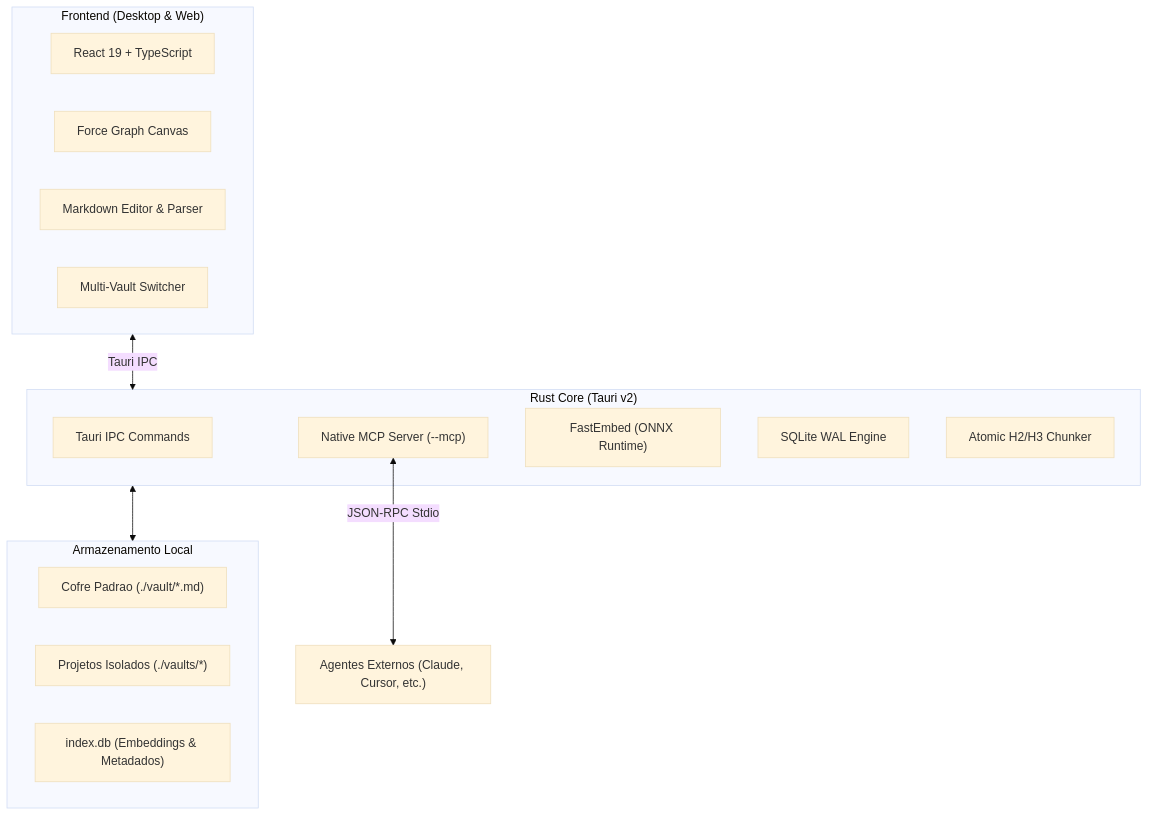
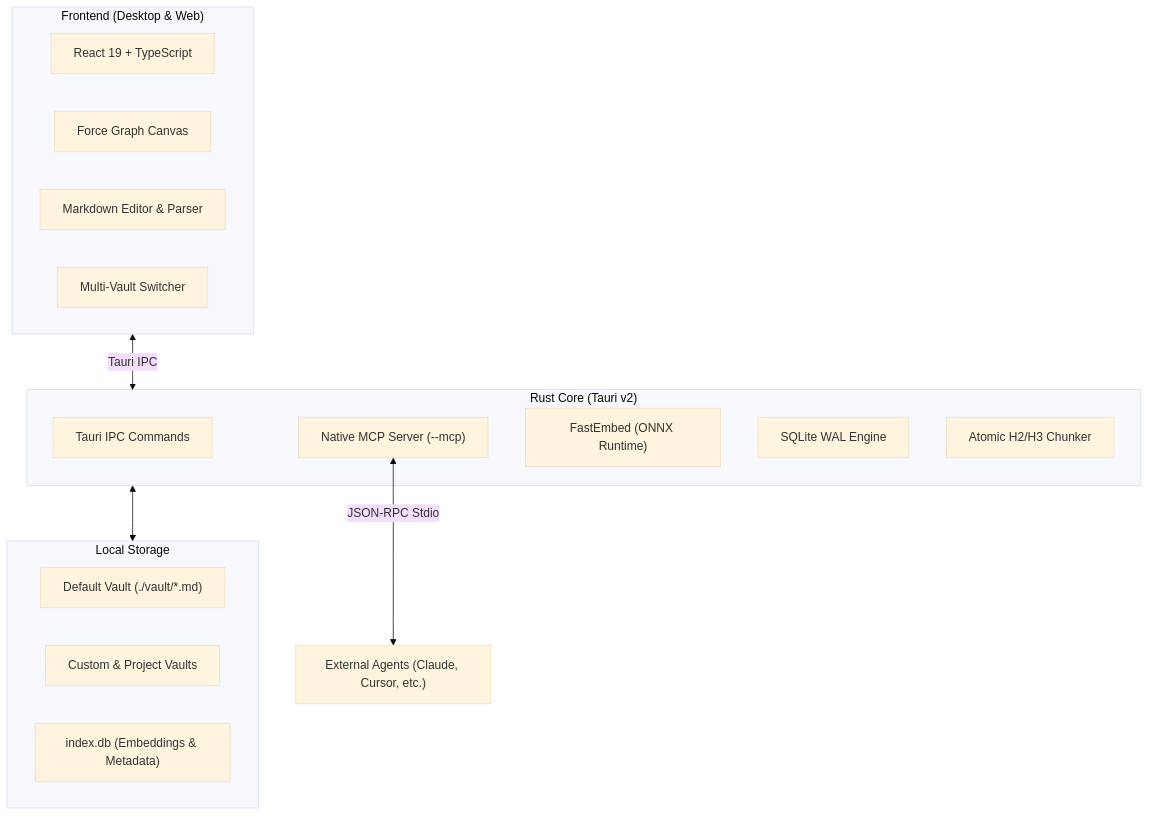
One commit to GabrielTBeserra/GraphFinder changed the diagram in README.md. Above: the diagram before and after it, drawn with Mermaid (base theme). The commit also changed other lines of this file and 41 other files, not shown here.

Commit message:
feat: initialize Tauri v2 architecture, embedding engine, and MCP server for GraphFinder

````diff
--- a/README.md
+++ b/README.md
@@ -152,27 +153,27 @@
 ```mermaid
 flowchart TB
     subgraph Frontend ["Frontend (Desktop & Web)"]
         React["React 19 + TypeScript"]
         ForceGraph["Force Graph Canvas"]
         Editor["Markdown Editor & Parser"]
         VaultSwitcher["Multi-Vault Switcher"]
     end
 
     subgraph RustCore ["Rust Core (Tauri v2)"]
         IPC["Tauri IPC Commands"]
         MCPServer["Native MCP Server (--mcp)"]
         FastEmbedEngine["FastEmbed (ONNX Runtime)"]
         SQLiteEngine["SQLite WAL Engine"]
         Chunker["Atomic H2/H3 Chunker"]
     end
 
-    subgraph Storage ["Armazenamento Local"]
-        VaultDir["Cofre Padrao (./vault/*.md)"]
-        VaultsDir["Projetos Isolados (./vaults/*)"]
-        DB["index.db (Embeddings & Metadados)"]
+    subgraph Storage ["Local Storage"]
+        VaultDir["Default Vault (./vault/*.md)"]
+        VaultsDir["Custom & Project Vaults"]
+        DB["index.db (Embeddings & Metadata)"]
     end
 
     Frontend <-->|Tauri IPC| RustCore
-    MCPServer <-->|JSON-RPC Stdio| AI["Agentes Externos (Claude, Cursor, etc.)"]
+    MCPServer <-->|JSON-RPC Stdio| AI["External Agents (Claude, Cursor, etc.)"]
     RustCore <--> Storage
 ```
````
